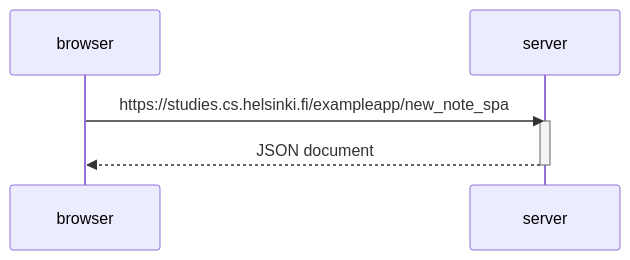
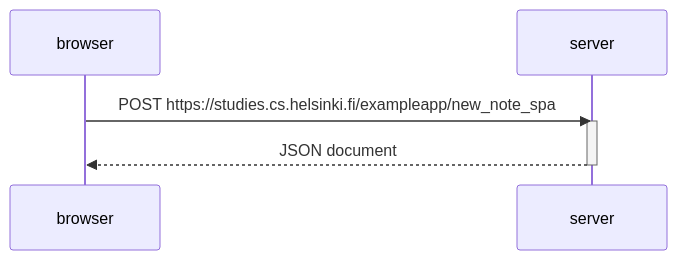
The diagram in part0/06.md (asagiria/AntK4CFullStack), drawn with Mermaid before and after one commit. The commit also changed 1 other file, not shown here.

````diff
--- a/part0/06.md
+++ b/part0/06.md
@@ -1,9 +1,9 @@
 ```mermaid
 sequenceDiagram
 	participant browser
 	participant server
-	browser->>server: https://studies.cs.helsinki.fi/exampleapp/new_note_spa
+	browser->>server: POST https://studies.cs.helsinki.fi/exampleapp/new_note_spa
     activate server
     server-->>browser: JSON document
     deactivate server
 ```
````
